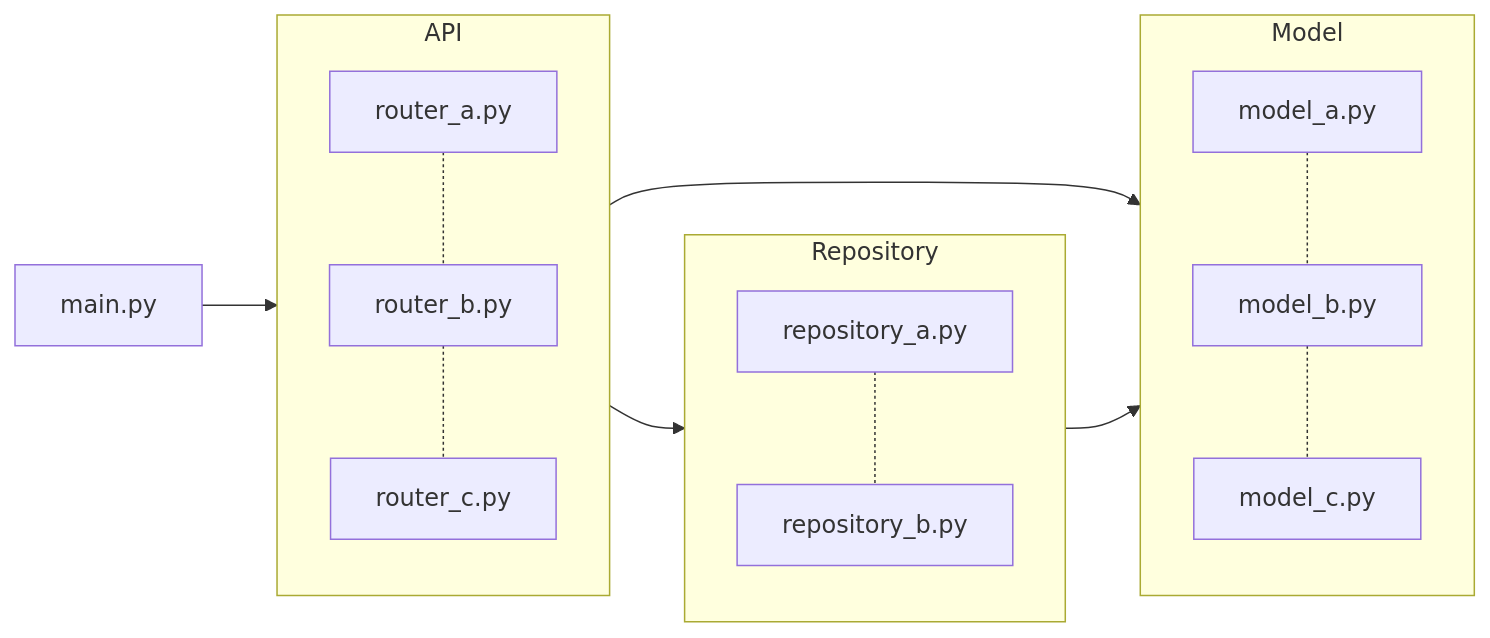
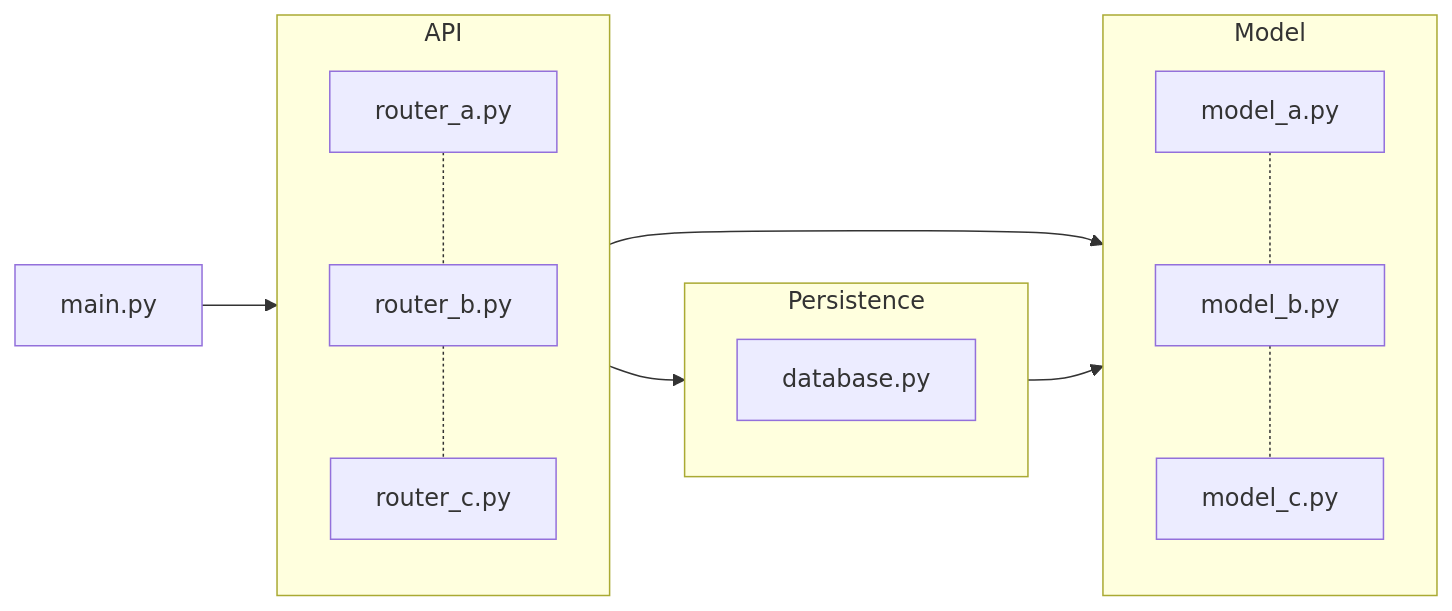
Before and after one commit to f-lab-edu/llm-knowledge-helper: the diagram in README.md, drawn with Mermaid. The commit also changed other lines of this file and 1 other file, not shown here.

````diff
--- a/README.md
+++ b/README.md
@@ -71,27 +70,25 @@
 ```mermaid
 flowchart LR
     subgraph "API"
         direction TB
         router_a["router_a.py"]
         router_b["router_b.py"]
         router_c["router_c.py"]
         router_a -.- router_b -.- router_c
     end
     subgraph "Model"
         direction TB
         model_a["model_a.py"]
         model_b["model_b.py"]
         model_c["model_c.py"]
         model_a -.- model_b -.- model_c
     end
-    subgraph "Repository"
+    subgraph "Persistence"
         direction TB
-        repo_a["repository_a.py"]
-        repo_b["repository_b.py"]
-        repo_a -.- repo_b
+        database["database.py"]
     end
     main.py --> API
     API --> Model
-    API --> Repository
-    Repository --> Model
+    API --> Persistence
+    Persistence --> Model
 ```
````
